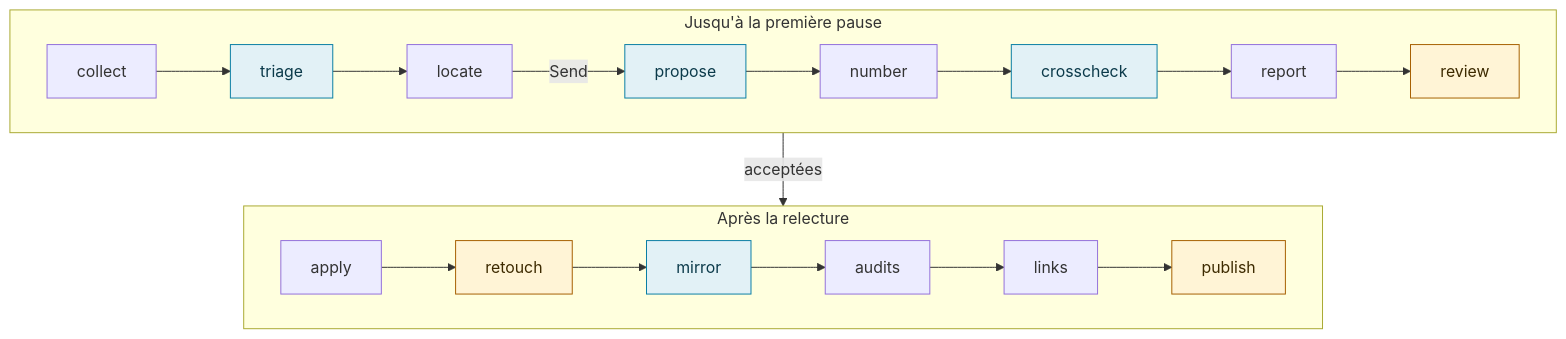
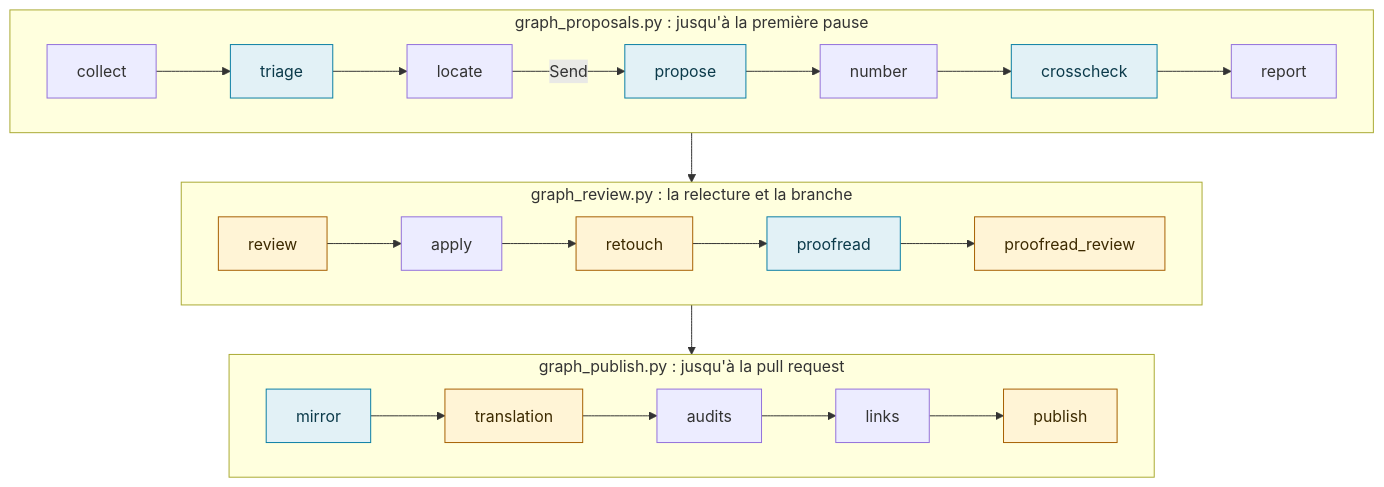
The third of 7 diagrams in docs/fr/code.md (DamienBecherini/vault-watch-agent), drawn with Mermaid before and after one commit. The commit also changed other lines of this file and 7 other files, not shown here.

````diff
--- a/docs/fr/code.md
+++ b/docs/fr/code.md
@@ -126,16 +214,21 @@
 ```mermaid
 flowchart TB
-  subgraph before["Jusqu'à la première pause"]
+  subgraph before["graph_proposals.py : jusqu'à la première pause"]
     direction LR
-    collect --> triage --> locate -->|"Send"| propose --> number --> crosscheck --> report --> review
+    collect --> triage --> locate -->|"Send"| propose --> number --> crosscheck --> report
   end
-  subgraph after["Après la relecture"]
+  subgraph middle["graph_review.py : la relecture et la branche"]
     direction LR
-    apply --> retouch --> mirror --> audits --> links --> publish
+    review --> apply --> retouch --> proofread --> proofread_review
   end
-  before -->|"acceptées"| after
+  subgraph after["graph_publish.py : jusqu'à la pull request"]
+    direction LR
+    mirror --> translation --> audits --> links --> publish
+  end
+  before --> middle
+  middle --> after
   classDef pause fill:#fff4d6,stroke:#a65f00,color:#3d2a00
   classDef model fill:#e2f1f6,stroke:#0a7ea4,color:#0b3a4a
-  class review,retouch,publish pause
-  class triage,propose,crosscheck,mirror model
+  class review,retouch,proofread_review,translation,publish pause
+  class triage,propose,crosscheck,proofread,mirror model
 ```
````
